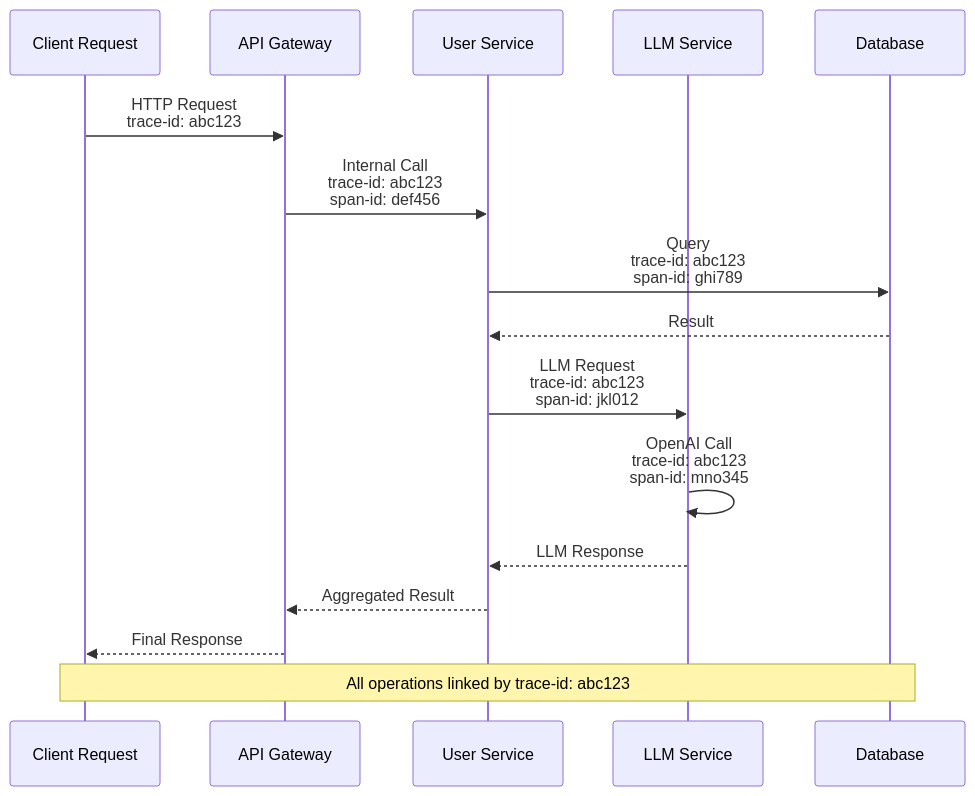
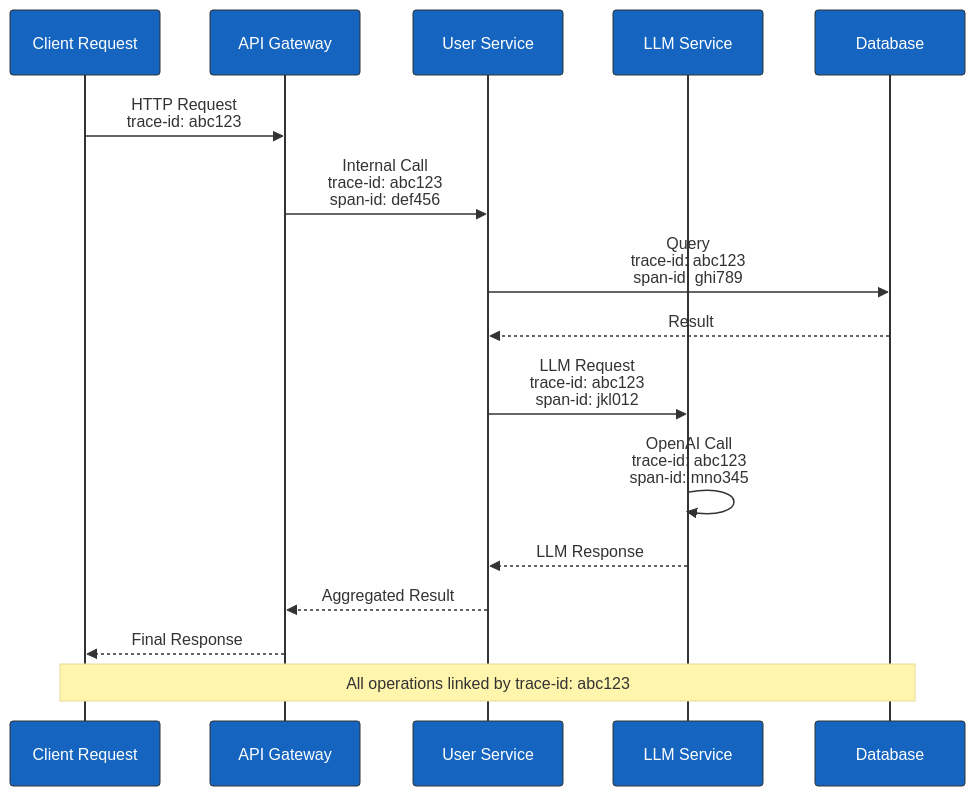
One commit to honeyhiveai/python-sdk changed diagram 15 of 15 in docs/explanation/architecture/diagrams.rst. Above: the diagram before and after it, drawn with Mermaid. The commit also changed other lines of this file and 44 other files, not shown here.

```diff
--- a/docs/explanation/architecture/diagrams.rst
+++ b/docs/explanation/architecture/diagrams.rst
@@ -485,23 +578,24 @@
 .. mermaid::
 
+   %%{init: {'theme':'base', 'themeVariables': {'primaryColor': '#1565c0', 'primaryTextColor': '#ffffff', 'primaryBorderColor': '#333333', 'lineColor': '#333333', 'secondaryColor': '#2e7d32', 'tertiaryColor': '#ef6c00', 'background': 'transparent', 'mainBkg': 'transparent', 'secondBkg': 'transparent', 'actorBkg': '#1565c0', 'actorBorder': '#333333', 'actorTextColor': '#ffffff', 'actorLineColor': '#333333', 'signalColor': '#333333', 'signalTextColor': '#333333', 'activationBorderColor': '#333333', 'activationBkgColor': '#2e7d32', 'sequenceNumberColor': '#333333', 'sectionBkgColor': 'transparent', 'altSectionBkgColor': 'transparent', 'gridColor': '#333333', 'gridTextColor': '#333333', 'taskBkgColor': '#1565c0', 'taskTextColor': '#ffffff', 'taskTextLightColor': '#ffffff', 'taskTextOutsideColor': '#333333', 'taskTextClickableColor': '#333333', 'activeTaskBkgColor': '#2e7d32', 'activeTaskBorderColor': '#333333', 'gridTextSize': '11px', 'taskTextSize': '11px'}}}%%
    sequenceDiagram
        participant Client as Client Request
        participant Gateway as API Gateway
        participant UserSvc as User Service
        participant LLMSvc as LLM Service
        participant DB as Database
        
        Client->>Gateway: HTTP Request<br/>trace-id: abc123
        
        Gateway->>UserSvc: Internal Call<br/>trace-id: abc123<br/>span-id: def456
        UserSvc->>DB: Query<br/>trace-id: abc123<br/>span-id: ghi789
        DB-->>UserSvc: Result
        
        UserSvc->>LLMSvc: LLM Request<br/>trace-id: abc123<br/>span-id: jkl012
        LLMSvc->>LLMSvc: OpenAI Call<br/>trace-id: abc123<br/>span-id: mno345
        LLMSvc-->>UserSvc: LLM Response
        
        UserSvc-->>Gateway: Aggregated Result
        Gateway-->>Client: Final Response
        
        Note over Client,DB: All operations linked by trace-id: abc123
```
